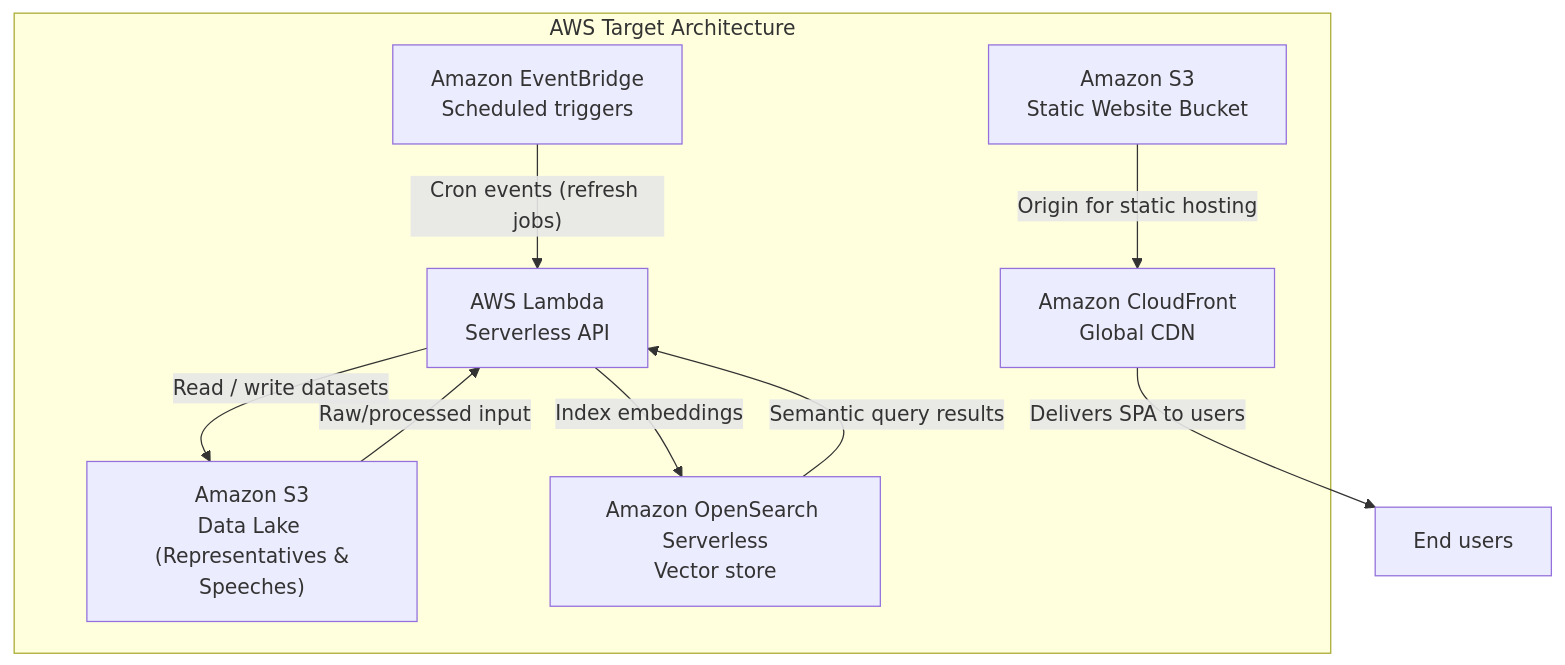
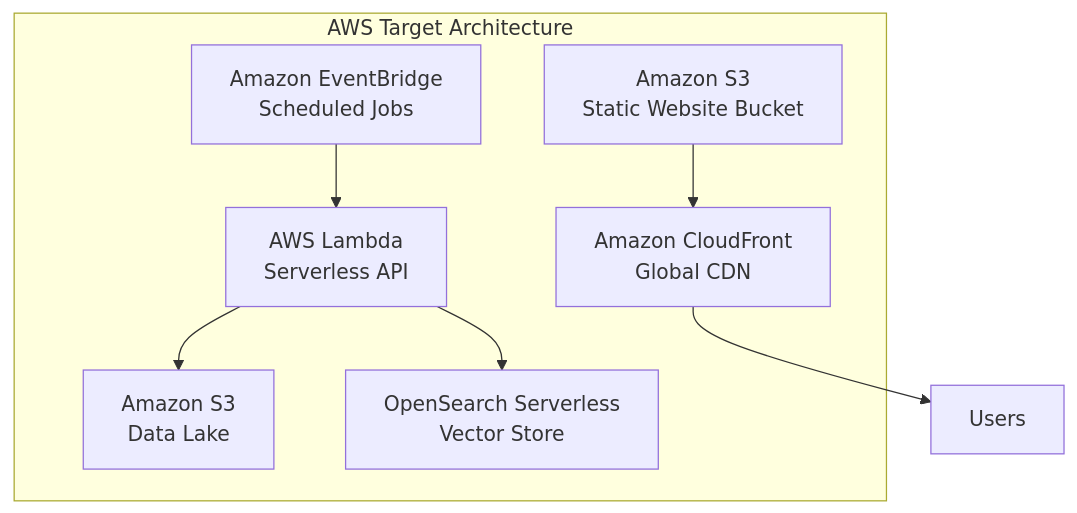
The second of 2 diagrams in README.md (kkatodus/kokkai_analysis), drawn with Mermaid before and after one commit. The commit also changed other lines of this file and 3 other files, not shown here.

````diff
--- a/README.md
+++ b/README.md
@@ -22,21 +200,16 @@
 ```mermaid
 flowchart TD
     subgraph AWS["AWS Target Architecture"]
         S3Site["Amazon S3<br/>Static Website Bucket"]
         CloudFront["Amazon CloudFront<br/>Global CDN"]
         LambdaApi["AWS Lambda<br/>Serverless API"]
-        DataLake["Amazon S3<br/>Data Lake <br/> (Representatives & Speeches)"]
-        EventBridge["Amazon EventBridge<br/>Scheduled triggers"]
-        VectorDB["Amazon OpenSearch Serverless<br/>Vector store"]
+        DataLake["Amazon S3<br/>Data Lake"]
+        EventBridge["Amazon EventBridge<br/>Scheduled Jobs"]
+        VectorDB["OpenSearch Serverless<br/>Vector Store"]
     end
 
-    S3Site -- "Origin for static hosting" --> CloudFront
-    CloudFront -- "Delivers SPA to users" --> EndUsers["End users"]
-
-    EventBridge -- "Cron events (refresh jobs)" --> LambdaApi
-    LambdaApi -- "Read / write datasets" --> DataLake
-    LambdaApi -- "Index embeddings" --> VectorDB
-
-    DataLake -- "Raw/processed input" --> LambdaApi
-    VectorDB -- "Semantic query results" --> LambdaApi
+    S3Site --> CloudFront --> EndUsers["Users"]
+    EventBridge --> LambdaApi
+    LambdaApi --> DataLake
+    LambdaApi --> VectorDB
 ```
````
